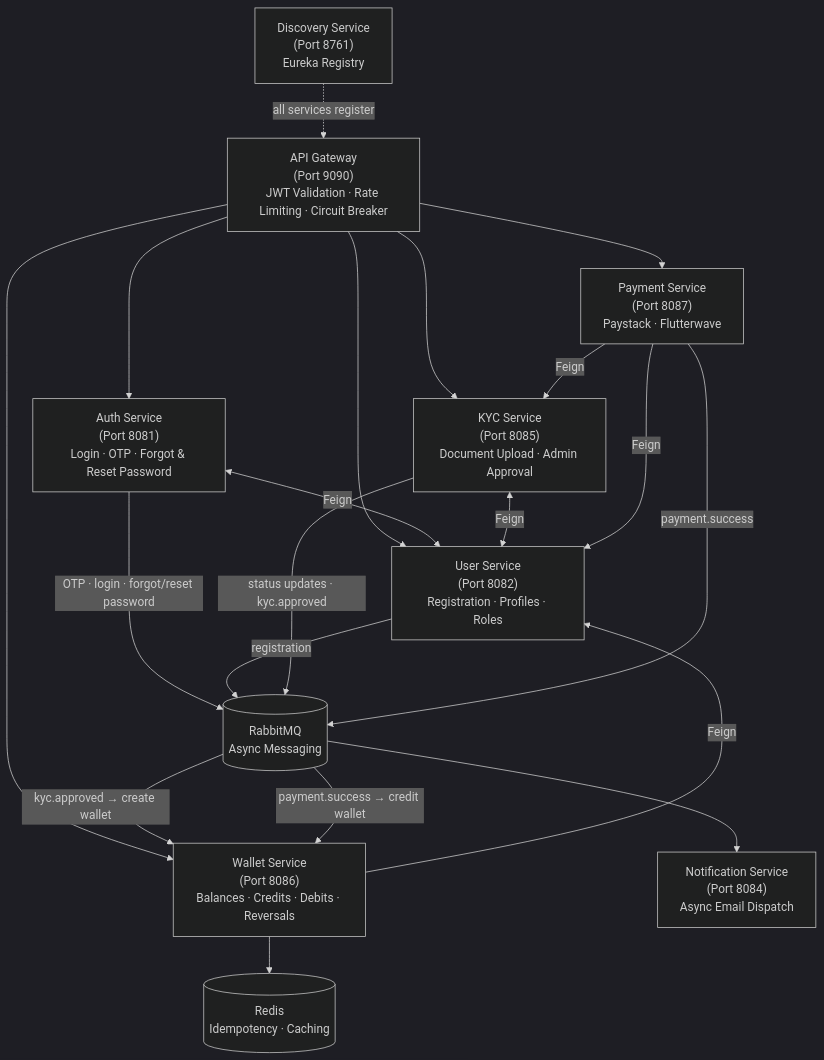
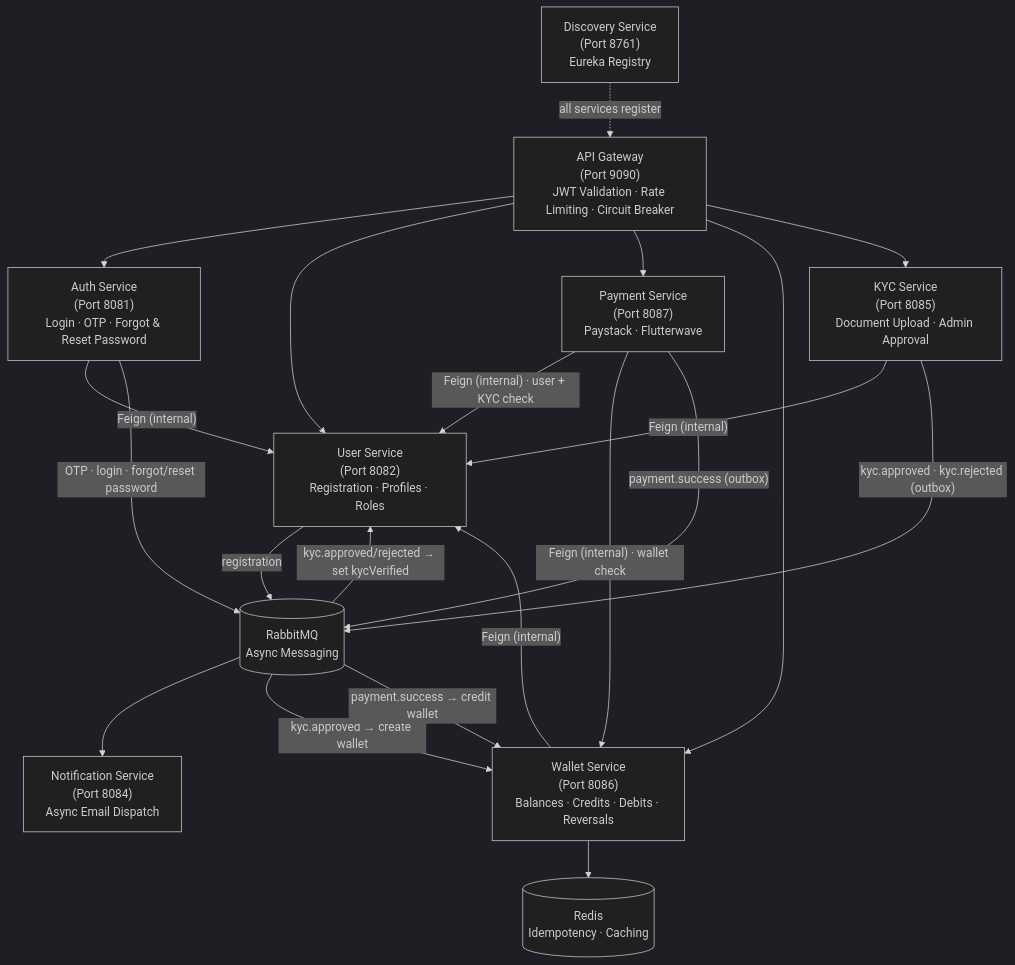
Before and after one commit to benard1991/gate-pay: the diagram in README.md, drawn with Mermaid (dark theme). The commit also changed other lines of this file, not shown here.

````diff
--- a/README.md
+++ b/README.md
@@ -15,41 +20,42 @@
 ```mermaid
 flowchart TB
     DS["Discovery Service\n(Port 8761)\nEureka Registry"]
 
     GW["API Gateway\n(Port 9090)\nJWT Validation · Rate Limiting · Circuit Breaker"]
 
     AUTH["Auth Service\n(Port 8081)\nLogin · OTP · Forgot & Reset Password"]
     USER["User Service\n(Port 8082)\nRegistration · Profiles · Roles"]
     PAY["Payment Service\n(Port 8087)\nPaystack · Flutterwave"]
     WALLET["Wallet Service\n(Port 8086)\nBalances · Credits · Debits · Reversals"]
     KYC["KYC Service\n(Port 8085)\nDocument Upload · Admin Approval"]
     NOTIFY["Notification Service\n(Port 8084)\nAsync Email Dispatch"]
 
     MQ[("RabbitMQ\nAsync Messaging")]
     REDIS[("Redis\nIdempotency · Caching")]
 
     DS -.->|all services register| GW
 
     GW --> AUTH
     GW --> USER
     GW --> PAY
     GW --> WALLET
     GW --> KYC
 
-    AUTH <-->|Feign| USER
-    KYC <-->|Feign| USER
-    PAY -->|Feign| USER
-    PAY -->|Feign| KYC
-    WALLET -->|Feign| USER
+    AUTH -->|"Feign (internal)"| USER
+    KYC -->|"Feign (internal)"| USER
+    PAY -->|"Feign (internal) · user + KYC check"| USER
+    PAY -->|"Feign (internal) · wallet check"| WALLET
+    WALLET -->|"Feign (internal)"| USER
 
     AUTH -->|"OTP · login · forgot/reset password"| MQ
     USER -->|registration| MQ
-    KYC -->|"status updates · kyc.approved"| MQ
-    PAY -->|"payment.success"| MQ
+    KYC -->|"kyc.approved · kyc.rejected (outbox)"| MQ
+    PAY -->|"payment.success (outbox)"| MQ
 
     MQ --> NOTIFY
+    MQ -->|"kyc.approved/rejected → set kycVerified"| USER
     MQ -->|"kyc.approved → create wallet"| WALLET
     MQ -->|"payment.success → credit wallet"| WALLET
 
     WALLET --> REDIS
 ```
````
